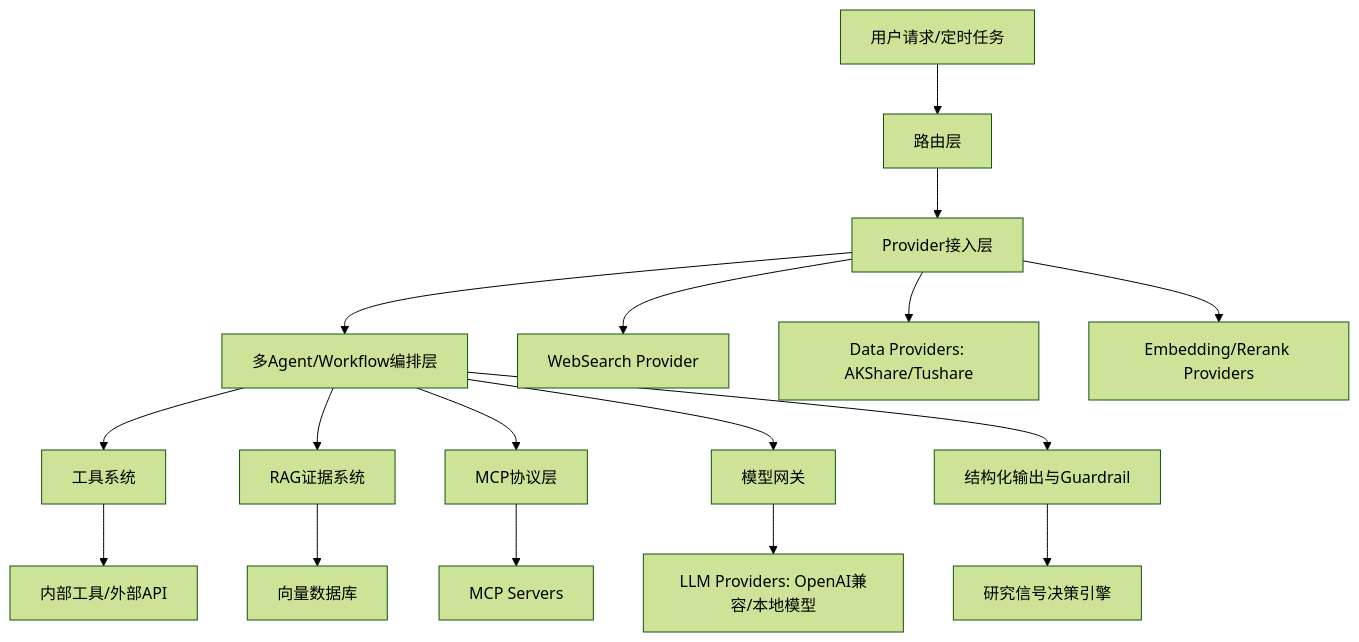
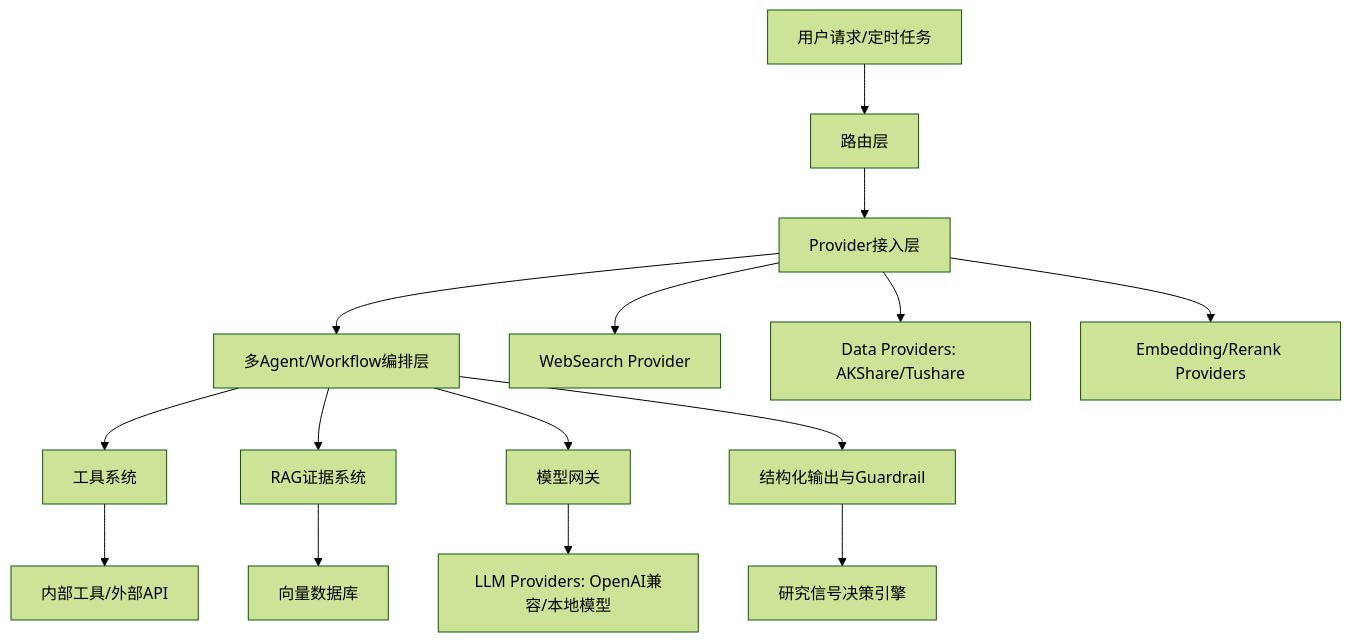
One commit to RickyW0529/Margin changed the tenth of 24 diagrams in docs/design/v0.1/architecture/Margin_架构设计_v0.1_中文.md. Above: the diagram before and after it, drawn with Mermaid (forest theme). The commit also changed other lines of this file and 64 other files, not shown here.

````diff
--- a/docs/design/v0.1/architecture/Margin_架构设计_v0.1_中文.md
+++ b/docs/design/v0.1/architecture/Margin_架构设计_v0.1_中文.md
@@ -433,19 +432,17 @@
 ```mermaid
 flowchart TB
     Q[用户请求/定时任务] --> R[路由层]
     R --> PR[Provider接入层]
     PR --> O[多Agent/Workflow编排层]
     O --> T[工具系统]
     O --> G[RAG证据系统]
-    O --> M[MCP协议层]
     PR --> W[WebSearch Provider]
     PR --> DP[Data Providers: AKShare/Tushare]
     PR --> EP[Embedding/Rerank Providers]
     T --> X[内部工具/外部API]
-    M --> Y[MCP Servers]
     G --> V[向量数据库]
     O --> L[模型网关]
     L --> P[LLM Providers: OpenAI兼容/本地模型]
     O --> S[结构化输出与Guardrail]
     S --> D[研究信号决策引擎]
 ```
````
